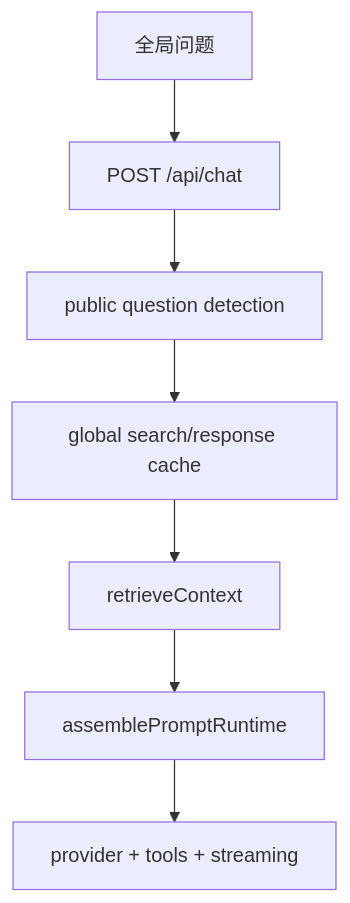
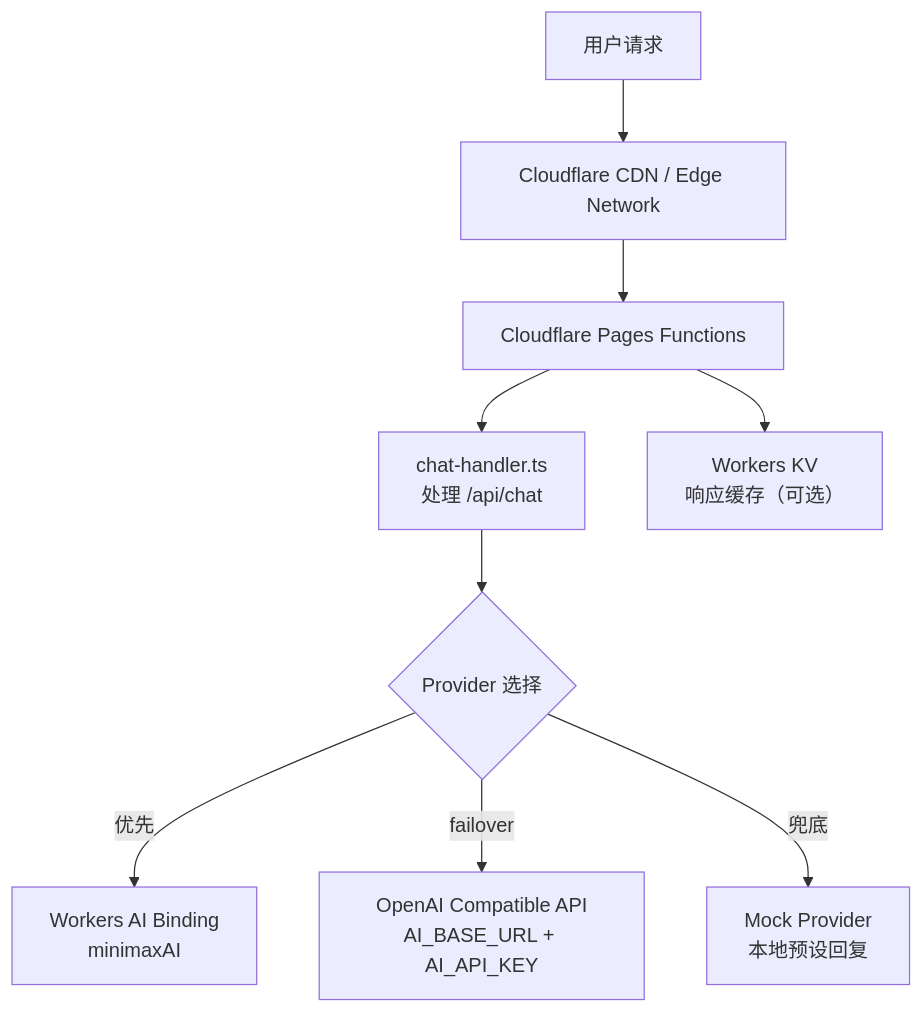
Diagram 11 of 12 in apps/blog/src/data/blog/zh/ai-module-architecture.md (souloss/astro-minblog), drawn with Mermaid before and after one commit. The commit also changed other lines of this file and 40 other files, not shown here.

````diff
--- a/apps/blog/src/data/blog/zh/ai-module-architecture.md
+++ b/apps/blog/src/data/blog/zh/ai-module-architecture.md
@@ -667,9 +1651,11 @@
 ```mermaid
 flowchart TB
-    A["全局问题"] --> B["POST /api/chat"]
-    B --> C["public question detection"]
-    C --> D["global search/response cache"]
-    D --> E["retrieveContext"]
-    E --> F["assemblePromptRuntime"]
-    F --> G["provider + tools + streaming"]
+    A["用户请求"] --> B["Cloudflare CDN / Edge Network"]
+    B --> C["Cloudflare Pages Functions"]
+    C --> D["chat-handler.ts<br/>处理 /api/chat"]
+    C --> E["Workers KV<br/>响应缓存（可选）"]
+    D --> F{"Provider 选择"}
+    F -->|"优先"| G["Workers AI Binding<br/>minimaxAI"]
+    F -->|"failover"| H["OpenAI Compatible API<br/>AI_BASE_URL + AI_API_KEY"]
+    F -->|"兜底"| I["Mock Provider<br/>本地预设回复"]
 ```
````
